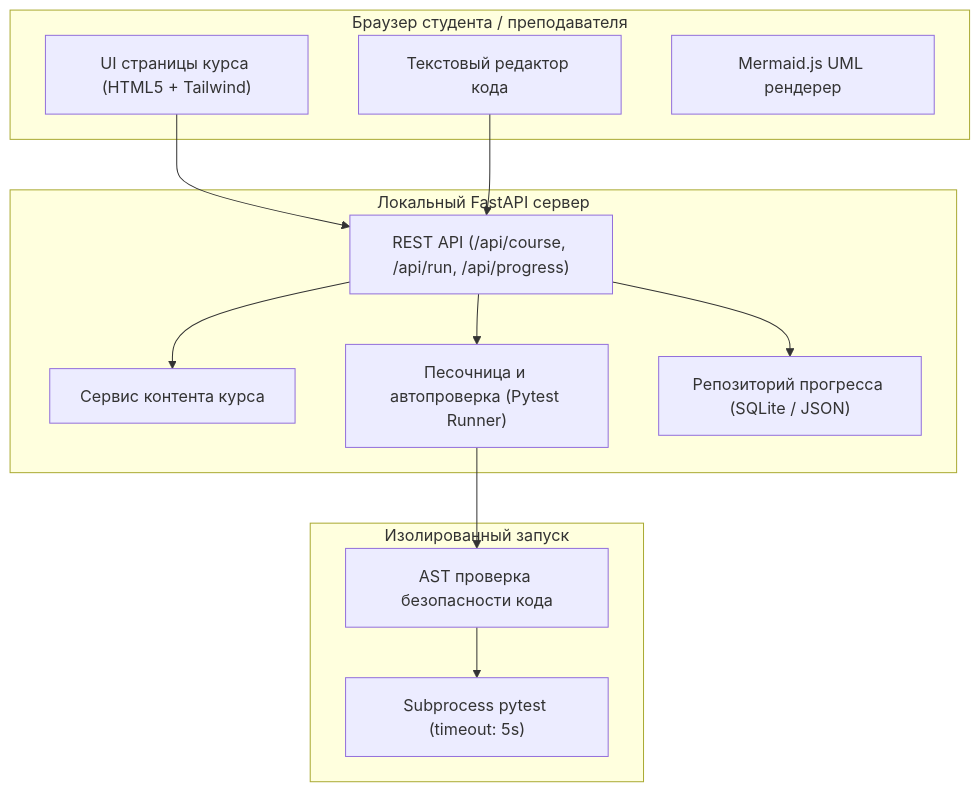
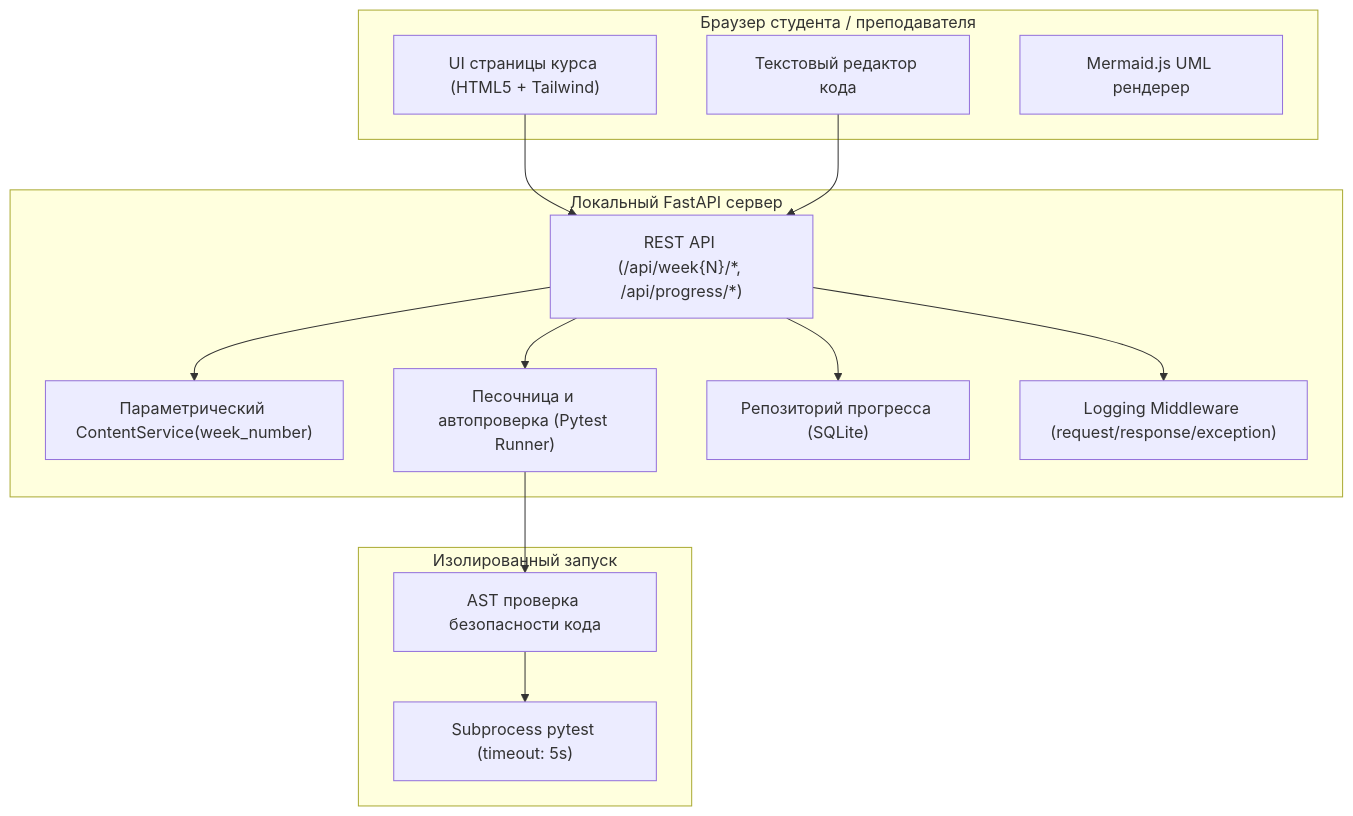
One commit to saubakirov/kaznu-2026-web-oop changed the diagram in docs/architecture.md. Above: the diagram before and after it, drawn with Mermaid. The commit also changed other lines of this file and 4 other files, not shown here.

Commit message:
[antigravity/OOP_20261021-140019_RSPN3/docs/coordinator] tfw-docs: KNOWLEDGE.md, architecture.md, README.md, knowledge record REC-20261021-02

````diff
--- a/docs/architecture.md
+++ b/docs/architecture.md
@@ -31,27 +31,29 @@
 ```mermaid
 flowchart TB
     subgraph Browser["Браузер студента / преподавателя"]
         UI["UI страницы курса (HTML5 + Tailwind)"]
         CodeEditor["Текстовый редактор кода"]
         MermaidViewer["Mermaid.js UML рендерер"]
     end
 
     subgraph Backend["Локальный FastAPI сервер"]
-        API["REST API (/api/course, /api/run, /api/progress)"]
-        CourseService["Сервис контента курса"]
+        API["REST API (/api/week{N}/*, /api/progress/*)"]
+        ContentService["Параметрический ContentService(week_number)"]
         RunnerService["Песочница и автопроверка (Pytest Runner)"]
-        ProgressRepo["Репозиторий прогресса (SQLite / JSON)"]
+        ProgressRepo["Репозиторий прогресса (SQLite)"]
+        LoggingMW["Logging Middleware (request/response/exception)"]
     end
 
     subgraph SandboxedRunner["Изолированный запуск"]
         ASTValidator["AST проверка безопасности кода"]
         PytestProcess["Subprocess pytest (timeout: 5s)"]
     end
 
     UI --> API
     CodeEditor --> API
-    API --> CourseService
+    API --> LoggingMW
+    API --> ContentService
     API --> RunnerService
     API --> ProgressRepo
     RunnerService --> ASTValidator --> PytestProcess
 ```
````
